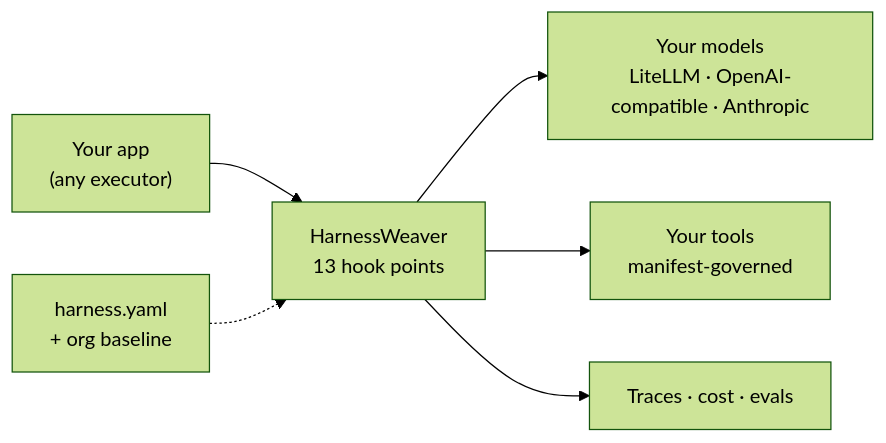
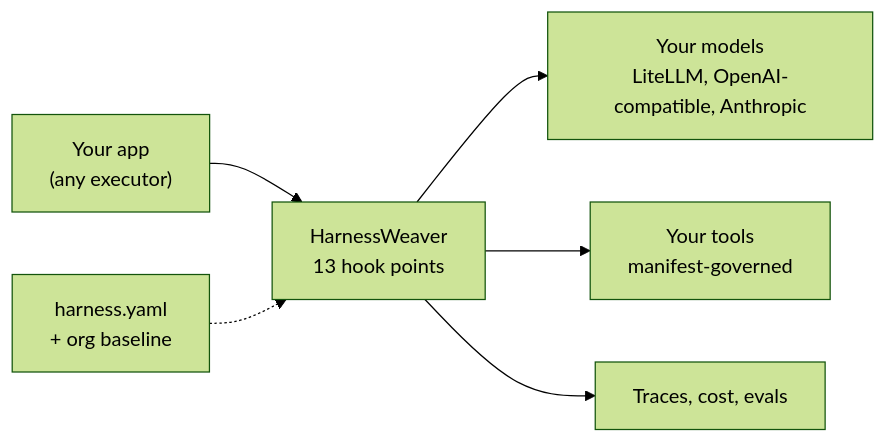
One commit to Nish459/HarnessWeaver changed the diagram in README.md. Above: the diagram before and after it, drawn with Mermaid (forest theme). The commit also changed other lines of this file and 75 other files, not shown here.

````diff
--- a/README.md
+++ b/README.md
@@ -23,8 +23,8 @@
 ```mermaid
 flowchart LR
     app["Your app<br/>(any executor)"] --> hw["HarnessWeaver<br/>13 hook points"]
     spec["harness.yaml<br/>+ org baseline"] -.-> hw
-    hw --> models["Your models<br/>LiteLLM · OpenAI-compatible · Anthropic"]
+    hw --> models["Your models<br/>LiteLLM, OpenAI-compatible, Anthropic"]
     hw --> tools["Your tools<br/>manifest-governed"]
-    hw --> obs["Traces · cost · evals"]
+    hw --> obs["Traces, cost, evals"]
 ```
````
